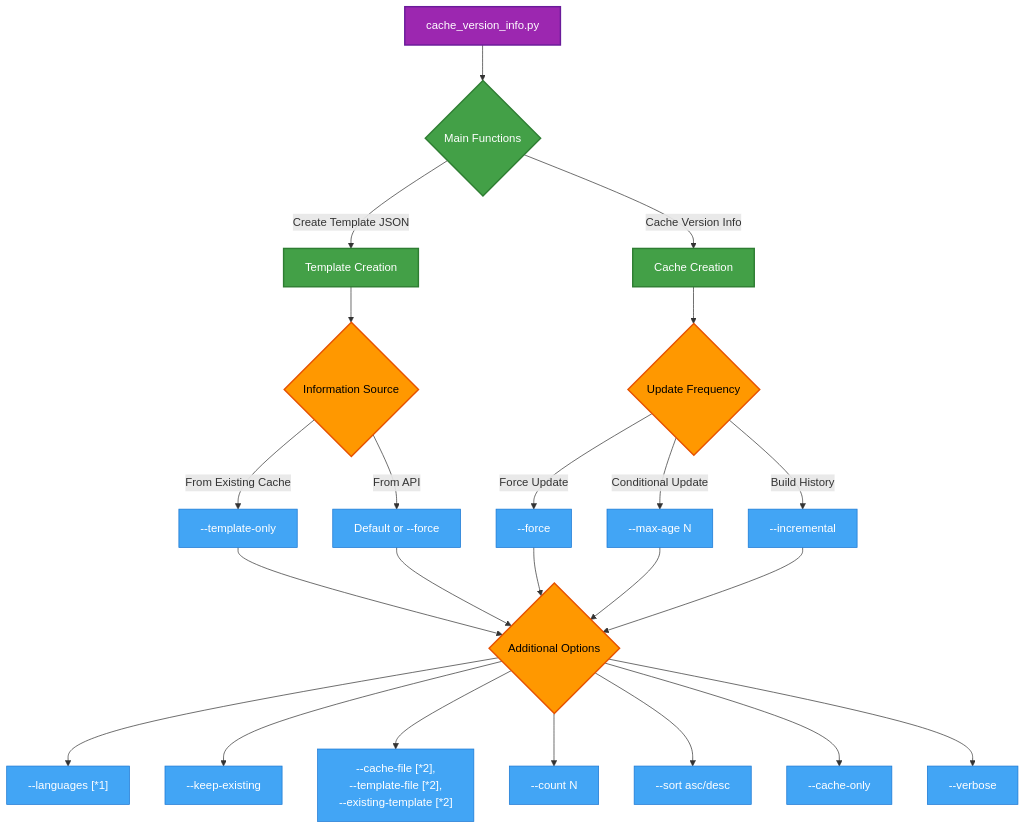
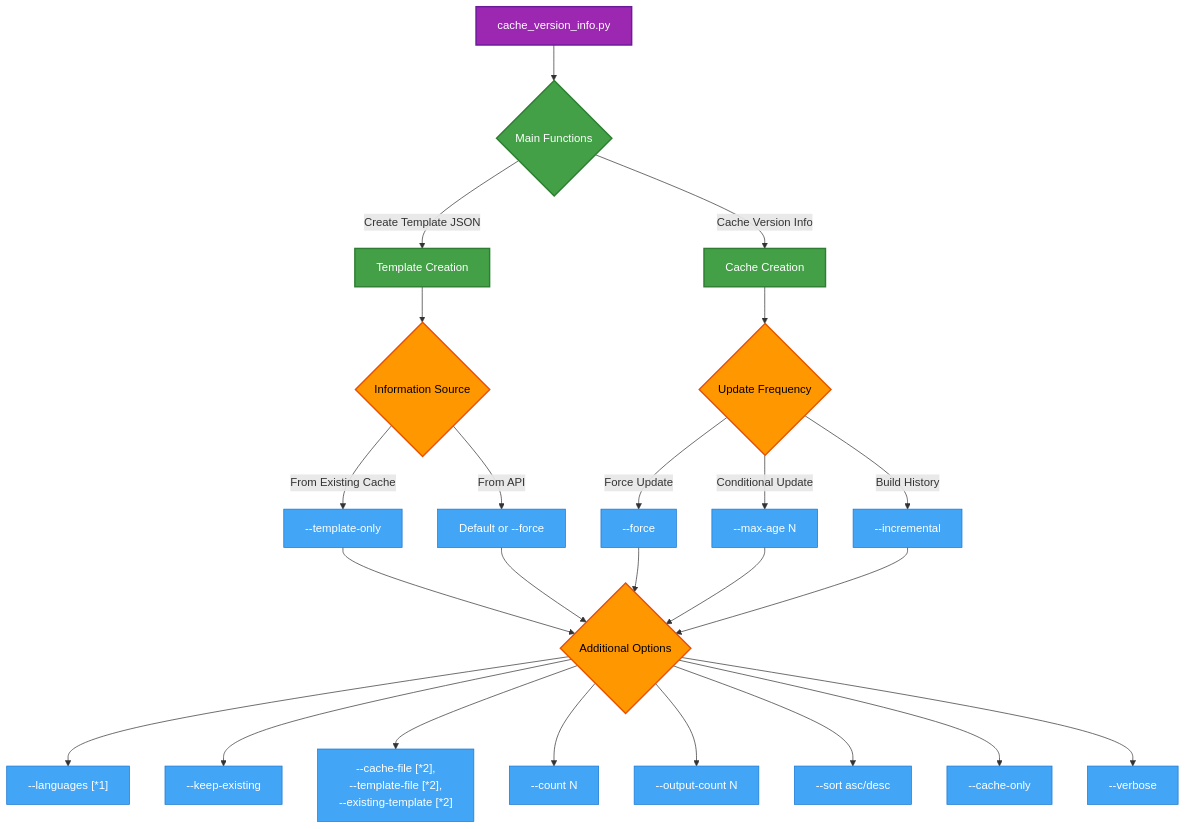
Before and after one commit to 7rikazhexde/json2vars-setter: the first of 2 diagrams in docs/features/version-caching.md, drawn with Mermaid. The commit also changed other lines of this file and 5 other files, not shown here.

Commit message:
:art: Update documentation to reflect changes in API source and cache version count

````diff
--- a/docs/features/version-caching.md
+++ b/docs/features/version-caching.md
@@ -11,44 +11,45 @@
 ```mermaid
 graph TD
     Start[cache_version_info.py] --> MainPurpose{Main Functions}
 
     MainPurpose -->|Create Template JSON| TemplateCreation[Template Creation]
     MainPurpose -->|Cache Version Info| CacheCreation[Cache Creation]
 
     TemplateCreation --> TemplateSource{Information Source}
     TemplateSource -->|From Existing Cache| UseCache[--template-only]
     TemplateSource -->|From API| UseAPI[Default or --force]
 
     CacheCreation --> UpdateFrequency{Update Frequency}
     UpdateFrequency -->|Force Update| ForceUpdate[--force]
     UpdateFrequency -->|Conditional Update| ConditionalUpdate[--max-age N]
     UpdateFrequency -->|Build History| History[--incremental]
 
     %% Common options
     UseCache --> CommonOptions{Additional Options}
     UseAPI --> CommonOptions
     ForceUpdate --> CommonOptions
     ConditionalUpdate --> CommonOptions
     History --> CommonOptions
 
     CommonOptions --> Languages[--languages #91;*1#93;]
     CommonOptions --> KeepExisting[--keep-existing]
     CommonOptions --> FilePaths[--cache-file #91;*2#93;,<br/> --template-file #91;*2#93;,<br/> --existing-template #91;*2#93;]
-    CommonOptions --> VersionCount[--count N]
+    CommonOptions --> CacheCount[--count N]
+    CommonOptions --> VersionCount[--output-count N]
     CommonOptions --> SortOrder[--sort asc/desc]
     CommonOptions --> CacheOnly[--cache-only]
     CommonOptions --> VerboseLog[--verbose]
 
     %% Style definitions for better visibility in dark mode
     classDef start fill:#9c27b0,stroke:#6a1b9a,stroke-width:2px,color:#ffffff
     classDef main fill:#43a047,stroke:#2e7d32,stroke-width:2px,color:#ffffff
     classDef condition fill:#ff9800,stroke:#e65100,stroke-width:2px,color:#000000
     classDef option fill:#42a5f5,stroke:#1976d2,stroke-width:1px,color:#ffffff
     classDef common fill:#42a5f5,stroke:#1976d2,stroke-width:1px,color:#ffffff
 
     class Start start
     class MainPurpose,TemplateCreation,CacheCreation main
     class TemplateSource,UpdateFrequency,CommonOptions condition
     class UseCache,UseAPI,ForceUpdate,ConditionalUpdate,History option
-    class Languages,FilePaths,VersionCount,SortOrder,KeepExisting,CacheOnly,VerboseLog common
+    class Languages,FilePaths,CacheCount,VersionCount,SortOrder,KeepExisting,CacheOnly,VerboseLog common
 ```
````
